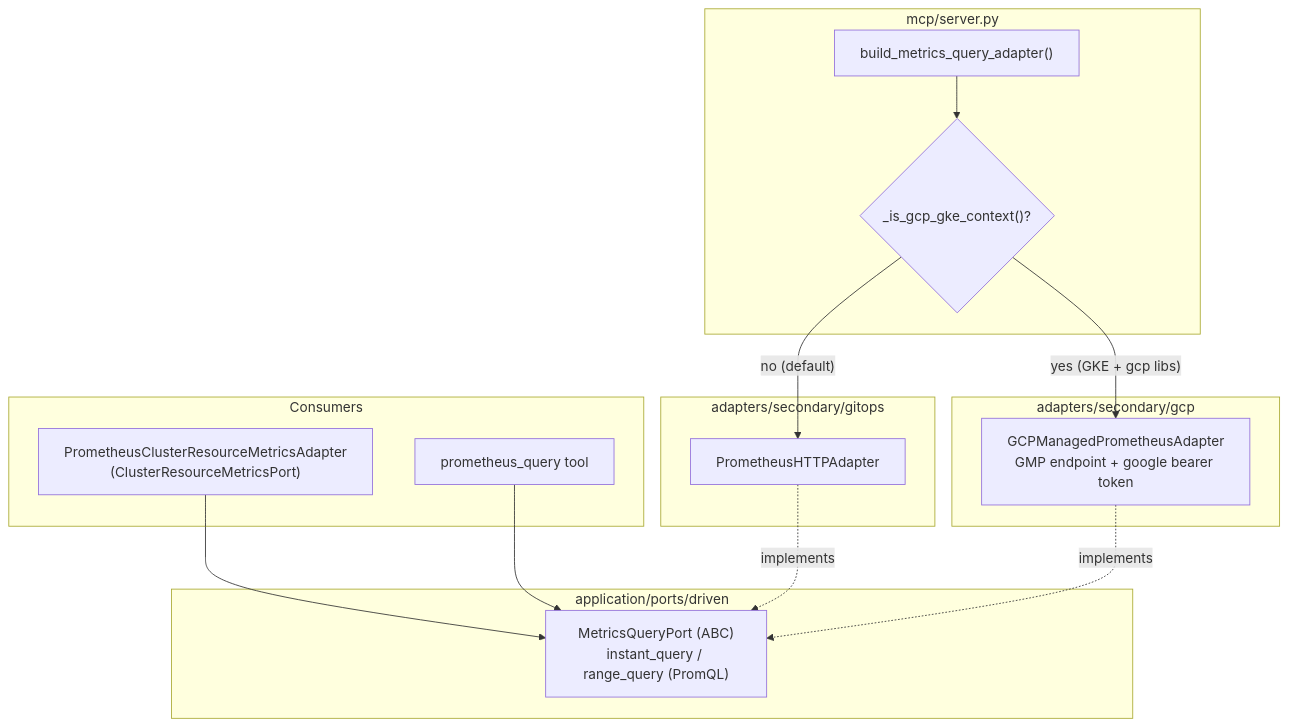
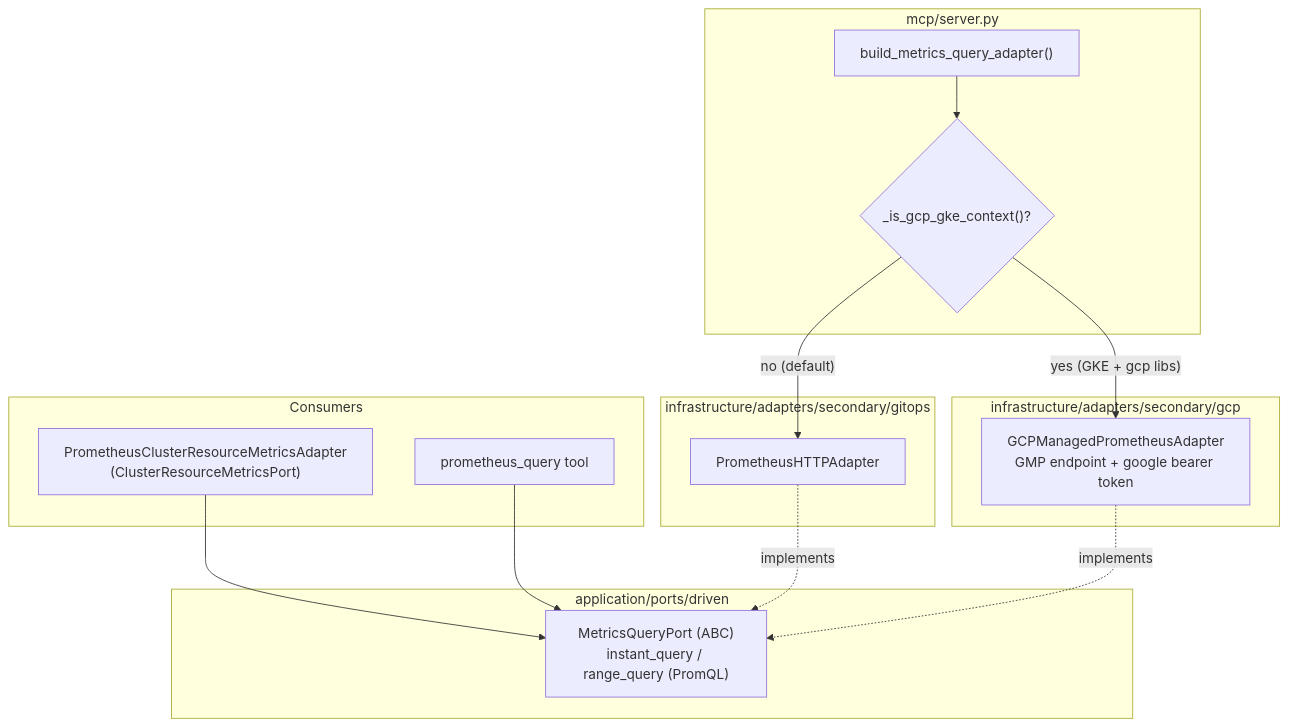
Before and after one commit to hexa-tools/hexawyn: the diagram in docs/architecture/diagrams/components/gcp-managed-prometheus-provider-aware.md, drawn with Mermaid. The commit also changed other lines of this file and 7533 other files, not shown here.

````diff
--- a/docs/architecture/diagrams/components/gcp-managed-prometheus-provider-aware.md
+++ b/docs/architecture/diagrams/components/gcp-managed-prometheus-provider-aware.md
@@ -10,32 +10,32 @@
 ```mermaid
 flowchart TB
     subgraph Consumers["Consumers"]
         CRM["PrometheusClusterResourceMetricsAdapter<br/>(ClusterResourceMetricsPort)"]
         PQ["prometheus_query tool"]
     end
 
     subgraph Port["application/ports/driven"]
         MQP["MetricsQueryPort (ABC)<br/>instant_query / range_query (PromQL)"]
     end
 
     subgraph Wiring["mcp/server.py"]
         BUILD["build_metrics_query_adapter()"]
         ISGKE{"_is_gcp_gke_context()?"}
         BUILD --> ISGKE
     end
 
-    subgraph Vanilla["adapters/secondary/gitops"]
+    subgraph Vanilla["infrastructure/adapters/secondary/gitops"]
         PROM["PrometheusHTTPAdapter"]
     end
 
-    subgraph GCP["adapters/secondary/gcp"]
+    subgraph GCP["infrastructure/adapters/secondary/gcp"]
         GMP["GCPManagedPrometheusAdapter<br/>GMP endpoint + google bearer token"]
     end
 
     CRM --> MQP
     PQ --> MQP
     ISGKE -->|"no (default)"| PROM
     ISGKE -->|"yes (GKE + gcp libs)"| GMP
     PROM -.implements.-> MQP
     GMP -.implements.-> MQP
 ```
````
